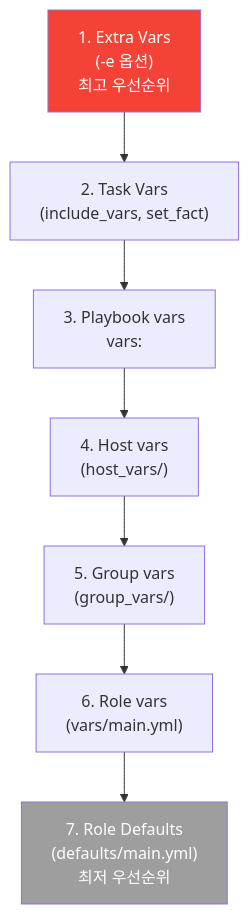
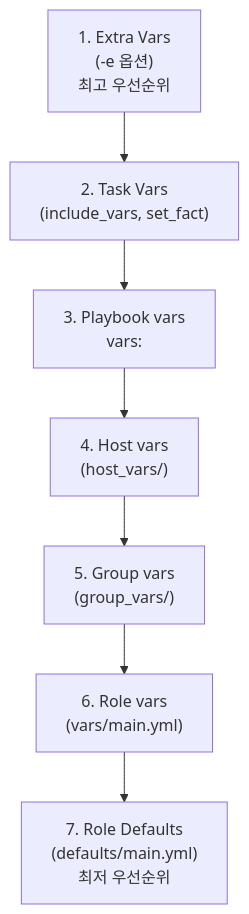
The seventh of 7 diagrams in docs/k8s-deploy/week2-ansible-basics.md (juwon8891/juwon8891.github.io), drawn with Mermaid before and after one commit. The commit also changed other lines of this file and 18 other files, not shown here.

Commit message:
Remove bright colors from Mermaid diagrams for dark mode compatibility

````diff
--- a/docs/k8s-deploy/week2-ansible-basics.md
+++ b/docs/k8s-deploy/week2-ansible-basics.md
@@ -1039,12 +1027,10 @@
 ```mermaid
 graph TB
     ExtraVars["1. Extra Vars<br/>(-e 옵션)<br/>최고 우선순위"] --> TaskVars["2. Task Vars<br/>(include_vars, set_fact)"]
     TaskVars --> PlayVars["3. Playbook vars<br/>vars:"]
     PlayVars --> HostVars["4. Host vars<br/>(host_vars/)"]
     HostVars --> GroupVars["5. Group vars<br/>(group_vars/)"]
     GroupVars --> RoleVars["6. Role vars<br/>(vars/main.yml)"]
     RoleVars --> RoleDefaults["7. Role Defaults<br/>(defaults/main.yml)<br/>최저 우선순위"]
 
-    style ExtraVars fill:#F44336,color:#fff
-    style RoleDefaults fill:#9E9E9E,color:#fff
 ```
````
